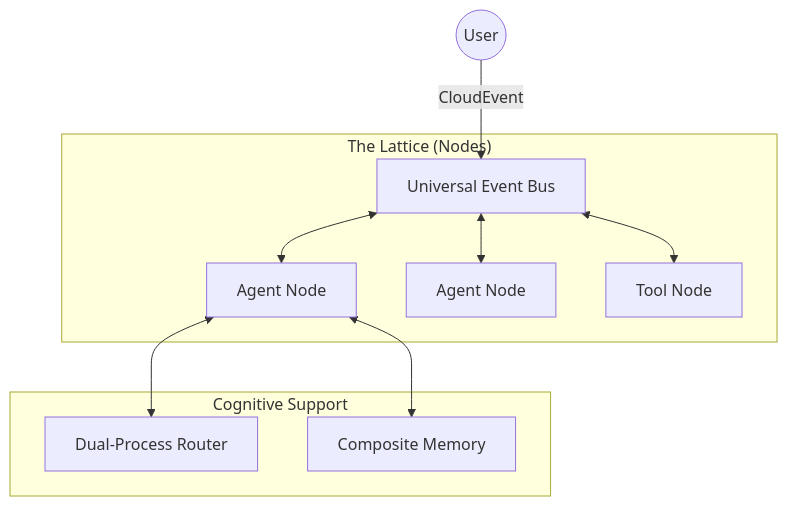
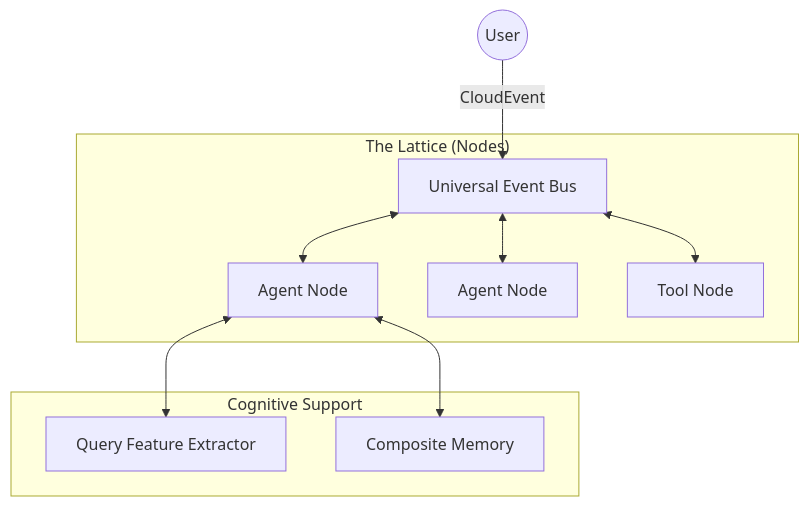
Before and after one commit to kongusen/loom-agent: the diagram in docs/en/concepts/architecture.md, drawn with Mermaid. The commit also changed other lines of this file and 58 other files, not shown here.

````diff
--- a/docs/en/concepts/architecture.md
+++ b/docs/en/concepts/architecture.md
@@ -9,15 +9,15 @@
 ```mermaid
 graph TD
     User((User)) -->|CloudEvent| Bus[Universal Event Bus]
     
     subgraph "The Lattice (Nodes)"
         Bus <--> AgentA[Agent Node]
         Bus <--> AgentB[Agent Node]
         Bus <--> Tool[Tool Node]
     end
     
     subgraph "Cognitive Support"
-        AgentA <--> Router[Dual-Process Router]
+        AgentA <--> Features[Query Feature Extractor]
         AgentA <--> Memory[Composite Memory]
     end
 ```
````
